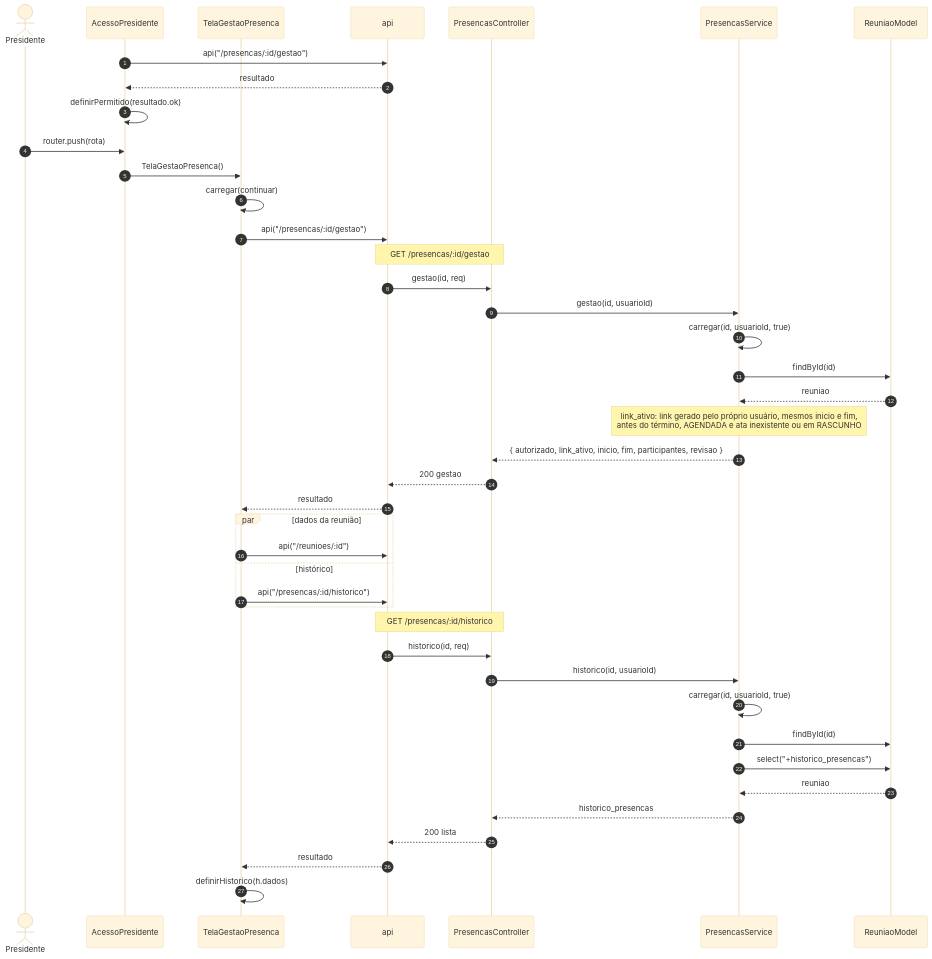
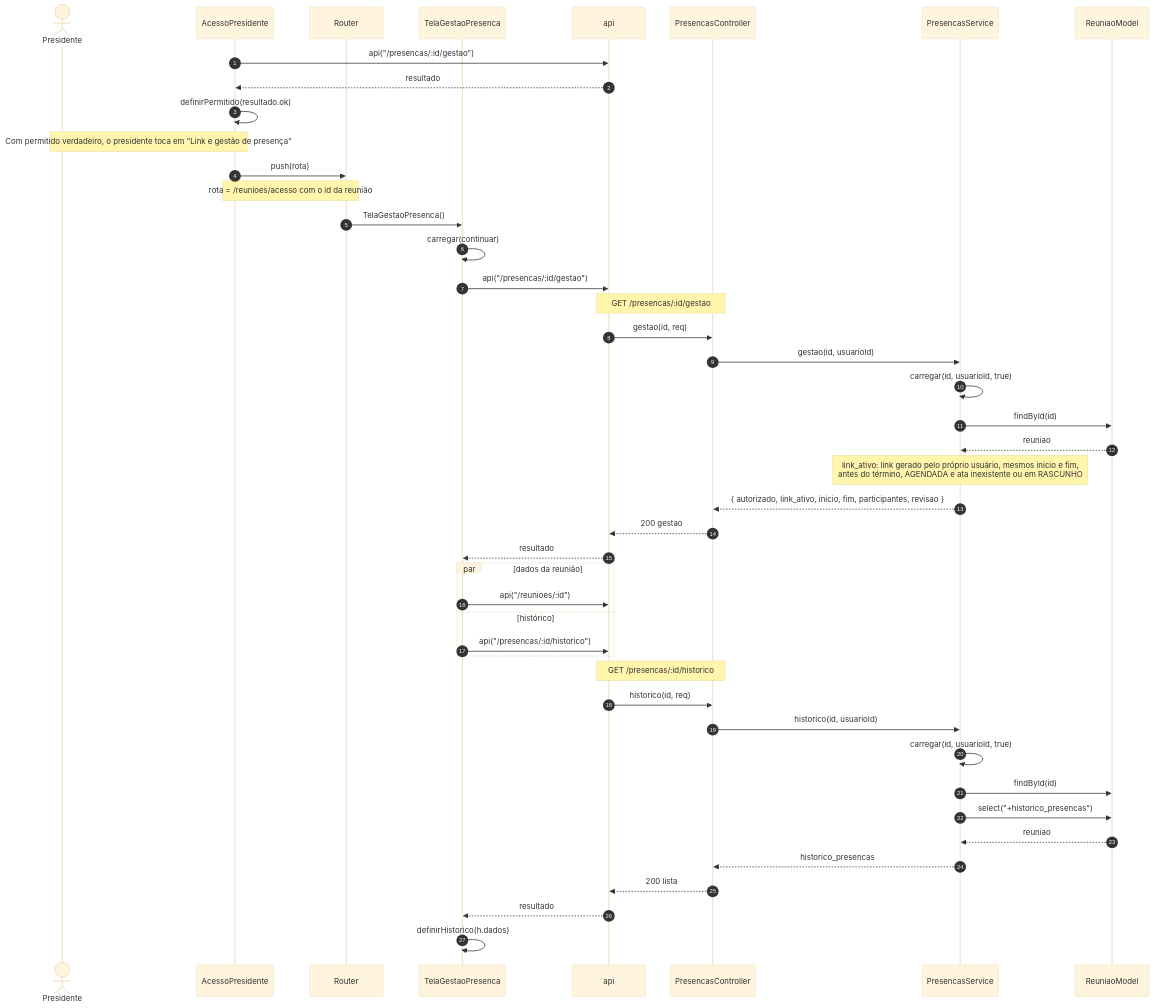
Before and after one commit to Conecta-IFSP/DOCUMENTATION: diagram 22 of 22 in 3 - Incremento 2/reunioes/6 - diagramas-sequencia-reunioes.md, drawn with Mermaid (base theme). The commit also changed other lines of this file and 97 other files, not shown here.

````diff
--- a/3 - Incremento 2/reunioes/6 - diagramas-sequencia-reunioes.md
+++ b/3 - Incremento 2/reunioes/6 - diagramas-sequencia-reunioes.md
@@ -923,44 +1044,47 @@
 ```mermaid
 sequenceDiagram
     autonumber
     actor U as Presidente
     participant P as AcessoPresidente
+    participant R as Router
     participant T as TelaGestaoPresenca
     participant A as api
     participant C as PresencasController
     participant S as PresencasService
     participant M as ReuniaoModel
     P->>A: api("/presencas/:id/gestao")
     A-->>P: resultado
     P->>P: definirPermitido(resultado.ok)
-    U->>P: router.push(rota)
-    P->>T: TelaGestaoPresenca()
+    Note over U,P: Com permitido verdadeiro, o presidente toca em "Link e gestão de presença"
+    P->>R: push(rota)
+    Note over P,R: rota = /reunioes/acesso com o id da reunião
+    R->>T: TelaGestaoPresenca()
     T->>T: carregar(continuar)
     T->>A: api("/presencas/:id/gestao")
     Note over A,C: GET /presencas/:id/gestao
     A->>C: gestao(id, req)
     C->>S: gestao(id, usuarioId)
     S->>S: carregar(id, usuarioId, true)
     S->>M: findById(id)
     M-->>S: reuniao
     Note over S: link_ativo: link gerado pelo próprio usuário, mesmos inicio e fim,<br/>antes do término, AGENDADA e ata inexistente ou em RASCUNHO
     S-->>C: { autorizado, link_ativo, inicio, fim, participantes, revisao }
     C-->>A: 200 gestao
     A-->>T: resultado
     par dados da reunião
         T->>A: api("/reunioes/:id")
     and histórico
         T->>A: api("/presencas/:id/historico")
     end
     Note over A,C: GET /presencas/:id/historico
     A->>C: historico(id, req)
     C->>S: historico(id, usuarioId)
     S->>S: carregar(id, usuarioId, true)
     S->>M: findById(id)
     S->>M: select("+historico_presencas")
     M-->>S: reuniao
     S-->>C: historico_presencas
     C-->>A: 200 lista
     A-->>T: resultado
     T->>T: definirHistorico(h.dados)
 ```
````
